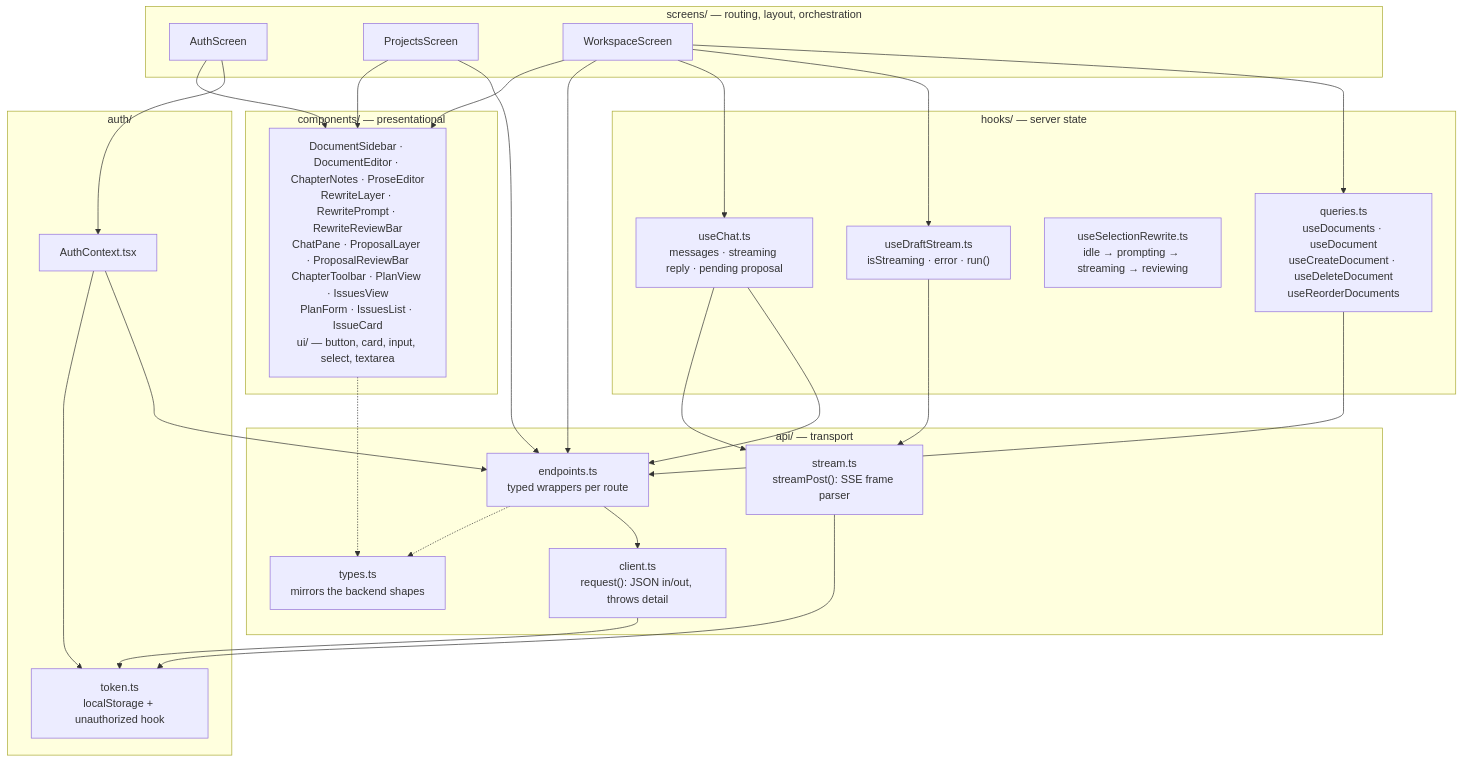
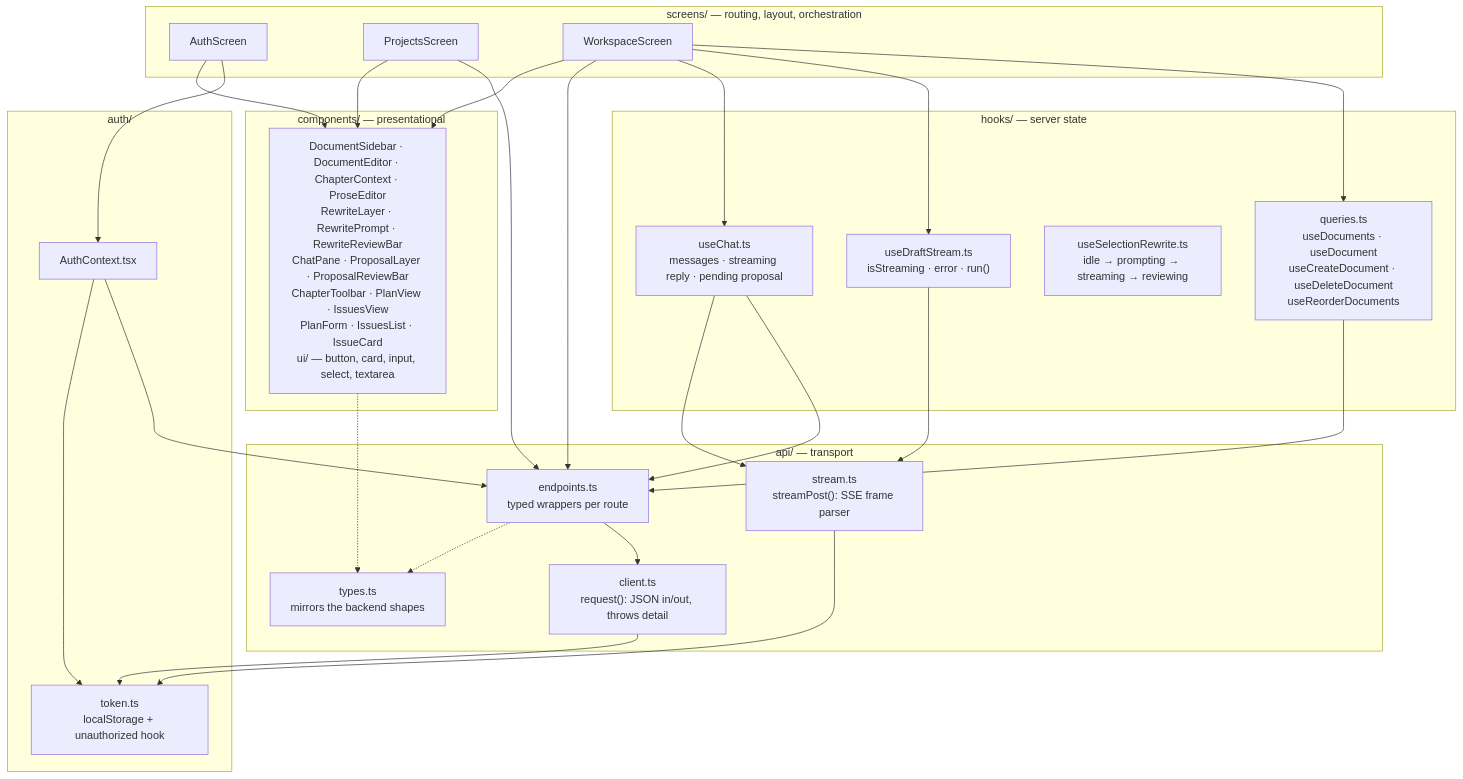
One commit to Akazz-L/maya changed the second of 3 diagrams in docs/diagrams/04-frontend-architecture.md. Above: the diagram before and after it, drawn with Mermaid. The commit also changed other lines of this file and 16 other files, not shown here.

First line of the commit message:
feat: chapter context, a plan you write or generate, and Review

````diff
--- a/docs/diagrams/04-frontend-architecture.md
+++ b/docs/diagrams/04-frontend-architecture.md
@@ -54,54 +57,54 @@
 ```mermaid
 graph TD
     subgraph screens["screens/ — routing, layout, orchestration"]
         AS["AuthScreen"]
         PS["ProjectsScreen"]
         WSS["WorkspaceScreen"]
     end
 
     subgraph components["components/ — presentational"]
-        CMP["DocumentSidebar · DocumentEditor · ChapterNotes · ProseEditor<br/>RewriteLayer · RewritePrompt · RewriteReviewBar<br/>ChatPane · ProposalLayer · ProposalReviewBar<br/>ChapterToolbar · PlanView · IssuesView<br/>PlanForm · IssuesList · IssueCard<br/>ui/ — button, card, input, select, textarea"]
+        CMP["DocumentSidebar · DocumentEditor · ChapterContext · ProseEditor<br/>RewriteLayer · RewritePrompt · RewriteReviewBar<br/>ChatPane · ProposalLayer · ProposalReviewBar<br/>ChapterToolbar · PlanView · IssuesView<br/>PlanForm · IssuesList · IssueCard<br/>ui/ — button, card, input, select, textarea"]
     end
 
     subgraph hooks["hooks/ — server state"]
         Q["queries.ts<br/>useDocuments · useDocument<br/>useCreateDocument · useDeleteDocument<br/>useReorderDocuments"]
         DS["useDraftStream.ts<br/>isStreaming · error · run()"]
         SR["useSelectionRewrite.ts<br/>idle → prompting → streaming → reviewing"]
         CH["useChat.ts<br/>messages · streaming reply · pending proposal"]
     end
 
     subgraph api["api/ — transport"]
         EP["endpoints.ts<br/>typed wrappers per route"]
         CL["client.ts<br/>request(): JSON in/out, throws detail"]
         ST["stream.ts<br/>streamPost(): SSE frame parser"]
         TY["types.ts<br/>mirrors the backend shapes"]
     end
 
     subgraph auth["auth/"]
         AC["AuthContext.tsx"]
         TK["token.ts<br/>localStorage + unauthorized hook"]
     end
 
     AS --> AC
     PS --> EP
     WSS --> Q
     WSS --> DS
     WSS --> CH
     WSS --> EP
     WSS --> CMP
     PS --> CMP
     AS --> CMP
     Q --> EP
     DS --> ST
     CH --> EP
     CH --> ST
     EP --> CL
     CL --> TK
     ST --> TK
     AC --> EP
     AC --> TK
     EP -.-> TY
     CMP -.-> TY
 
     classDef layer fill:#f7f7f2,stroke:#999
 ```
````
